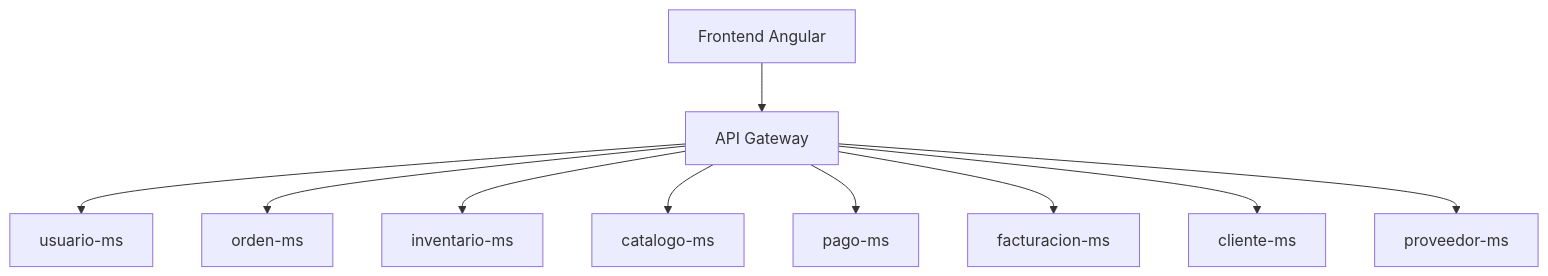
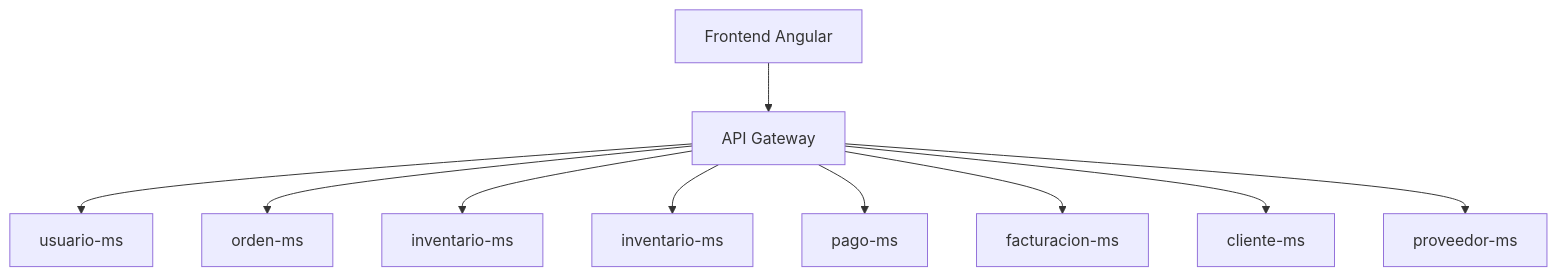
The first of 7 diagrams in docs/proyecto-sello/arquitectura-relaciones.md (rbn-69-cod/MediZano_microservicios), drawn with Mermaid before and after one commit. The commit also changed 68 other files, not shown here.

````diff
--- a/docs/proyecto-sello/arquitectura-relaciones.md
+++ b/docs/proyecto-sello/arquitectura-relaciones.md
@@ -5,12 +5,12 @@
 ```mermaid
 flowchart TB
     FE[Frontend Angular] --> GW[API Gateway]
     GW --> US[usuario-ms]
     GW --> OR[orden-ms]
     GW --> IN[inventario-ms]
-    GW --> CA[catalogo-ms]
+    GW --> CA[inventario-ms]
     GW --> PA[pago-ms]
     GW --> FA[facturacion-ms]
     GW --> CL[cliente-ms]
     GW --> PR[proveedor-ms]
 ```
````
